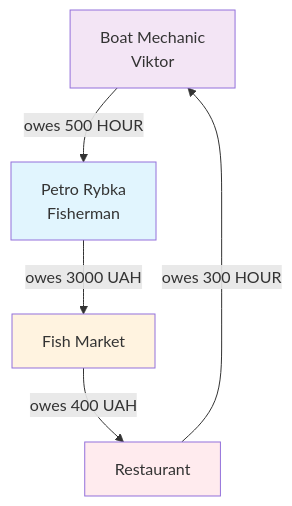
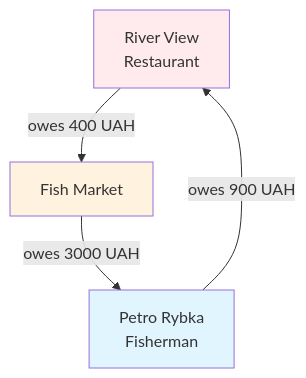
Before and after one commit to slawa19/GEOv0: the second of 4 diagrams in docs/ru/seeds/seed-riverside-town-50.md, drawn with Mermaid. The commit also changed other lines of this file, not shown here.

````diff
--- a/docs/ru/seeds/seed-riverside-town-50.md
+++ b/docs/ru/seeds/seed-riverside-town-50.md
@@ -117,12 +127,10 @@
 ```mermaid
 graph TB
-    VC[Boat Mechanic<br/>Viktor] -->|owes 500 HOUR| F[Petro Rybka<br/>Fisherman]
-    F -->|owes 3000 UAH| MK[Fish Market]
-    MK -->|owes 400 UAH| RS[Restaurant]
-    RS -->|owes 300 HOUR| VC
+    RS[River View<br/>Restaurant] -->|owes 400 UAH| MK[Fish Market]
+    MK -->|owes 3000 UAH| F[Petro Rybka<br/>Fisherman]
+    F -->|owes 900 UAH| RS
     
-    style VC fill:#f3e5f5
     style F fill:#e1f5fe
     style MK fill:#fff3e0
     style RS fill:#ffebee
 ```
````
